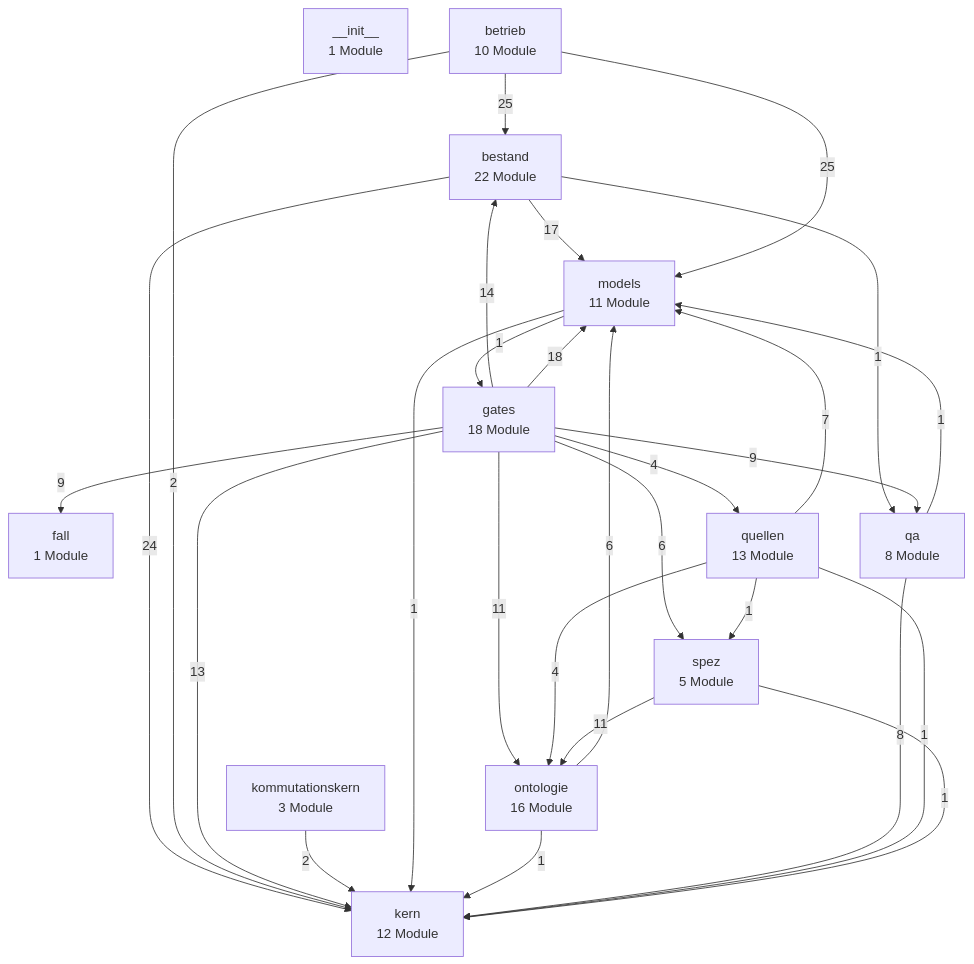
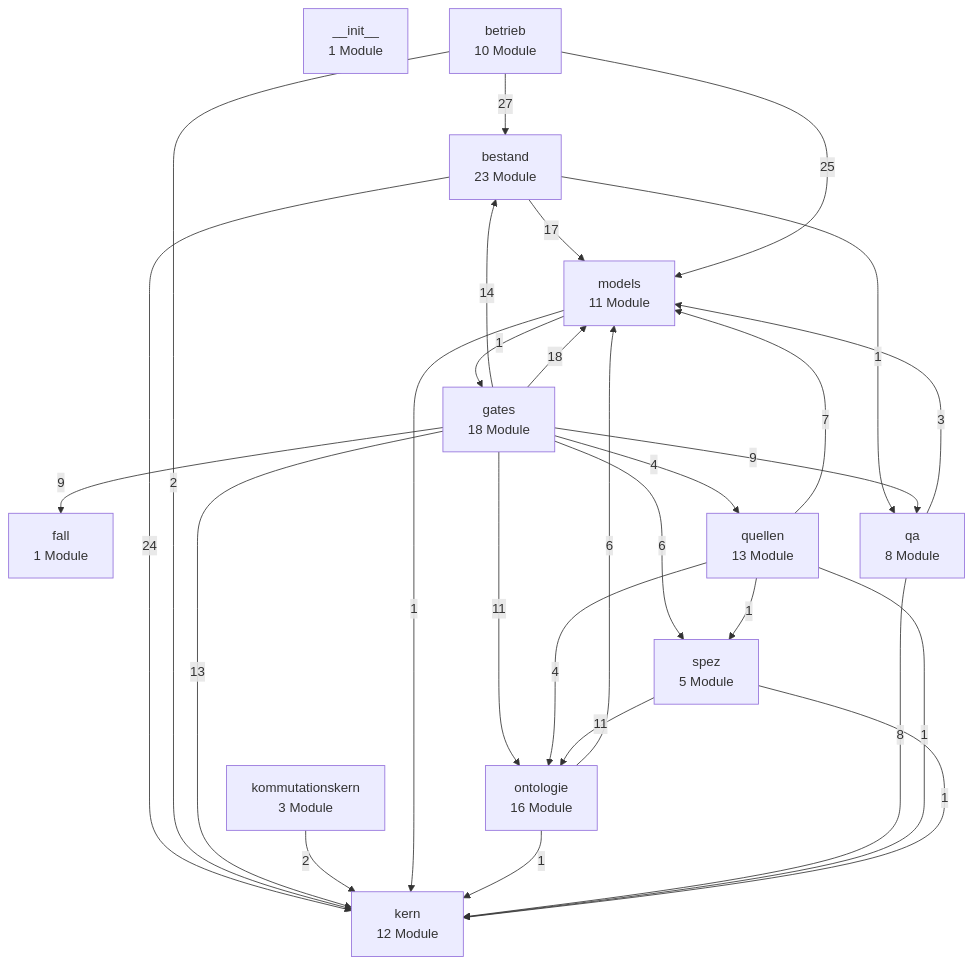
The first of 3 diagrams in docs/architektur/landkarte.md (bartlmac/rechner-pipeline), drawn with Mermaid before and after one commit. The commit also changed other lines of this file and 49 other files, not shown here.

````diff
--- a/docs/architektur/landkarte.md
+++ b/docs/architektur/landkarte.md
@@ -27,43 +27,43 @@
 ```mermaid
 %% Schichten — erzeugt von ontologie.landkarte
 flowchart TD
     n__init__["__init__<br/>1 Module"]
-    bestand["bestand<br/>22 Module"]
+    bestand["bestand<br/>23 Module"]
     betrieb["betrieb<br/>10 Module"]
     fall["fall<br/>1 Module"]
     gates["gates<br/>18 Module"]
     kern["kern<br/>12 Module"]
     kommutationskern["kommutationskern<br/>3 Module"]
     models["models<br/>11 Module"]
     ontologie["ontologie<br/>16 Module"]
     qa["qa<br/>8 Module"]
     quellen["quellen<br/>13 Module"]
     spez["spez<br/>5 Module"]
     bestand -- 24 --> kern
     bestand -- 17 --> models
     bestand -- 1 --> qa
-    betrieb -- 25 --> bestand
+    betrieb -- 27 --> bestand
     betrieb -- 2 --> kern
     betrieb -- 25 --> models
     gates -- 14 --> bestand
     gates -- 9 --> fall
     gates -- 13 --> kern
     gates -- 18 --> models
     gates -- 11 --> ontologie
     gates -- 9 --> qa
     gates -- 4 --> quellen
     gates -- 6 --> spez
     kommutationskern -- 2 --> kern
     models -- 1 --> gates
     models -- 1 --> kern
     ontologie -- 1 --> kern
     ontologie -- 6 --> models
     qa -- 8 --> kern
-    qa -- 1 --> models
+    qa -- 3 --> models
     quellen -- 1 --> kern
     quellen -- 7 --> models
     quellen -- 4 --> ontologie
     quellen -- 1 --> spez
     spez -- 1 --> kern
     spez -- 11 --> ontologie
 ```
````
